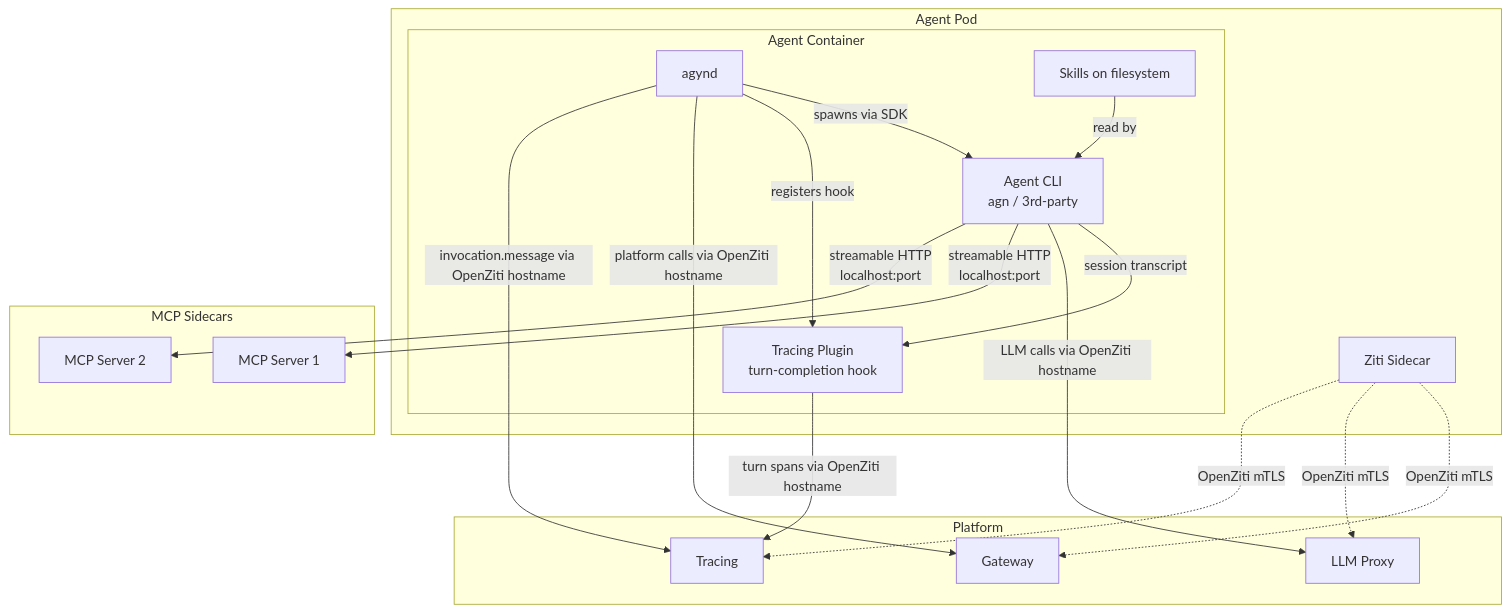
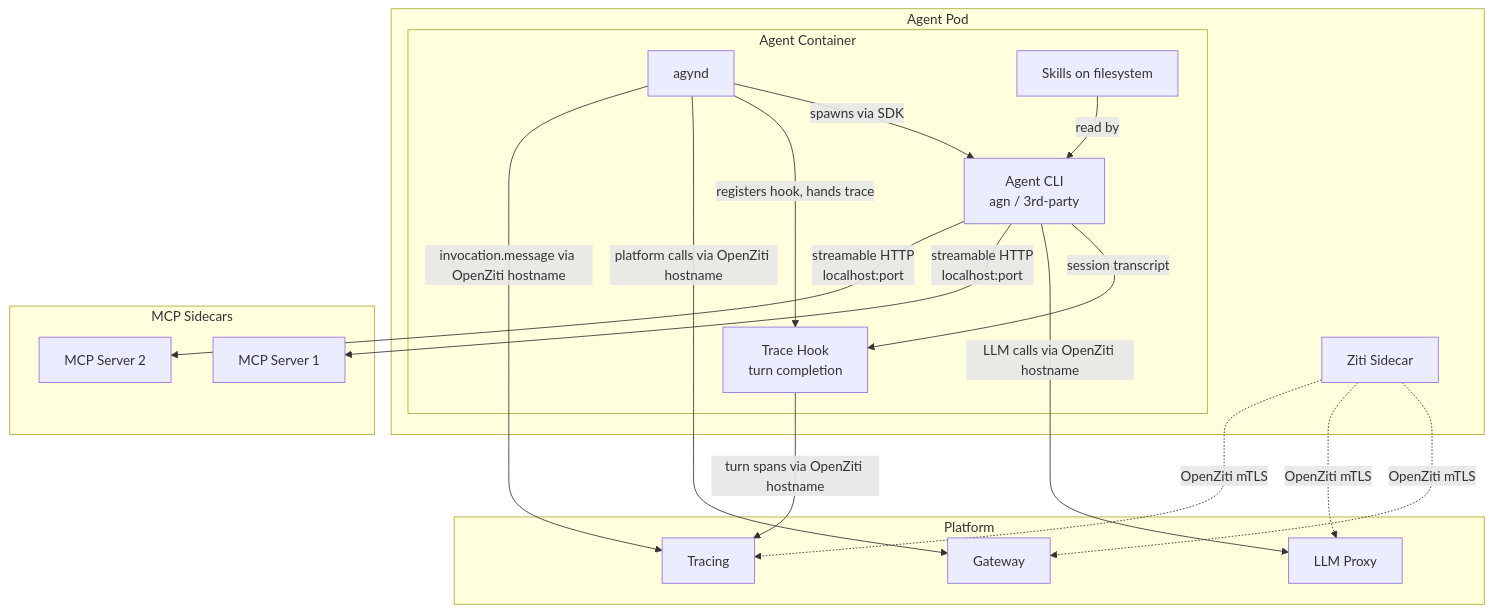
One commit to agynio/architecture changed the first of 2 diagrams in architecture/agynd-cli.md. Above: the diagram before and after it, drawn with Mermaid. The commit also changed other lines of this file and 3 other files, not shown here.

Commit message:
One trace hook shipped with agynd, handed the trace it writes into

````diff
--- a/architecture/agynd-cli.md
+++ b/architecture/agynd-cli.md
@@ -272,37 +272,37 @@
 ```mermaid
 graph TB
     subgraph "Agent Pod"
         ZitiSidecar[Ziti Sidecar]
         subgraph "Agent Container"
             agynd[agynd]
             AgentCLI[Agent CLI<br/>agn / 3rd-party]
-            Plugin[Tracing Plugin<br/>turn-completion hook]
+            Plugin[Trace Hook<br/>turn completion]
             Skills[Skills on filesystem]
 
             agynd -->|spawns via SDK| AgentCLI
-            agynd -->|registers hook| Plugin
+            agynd -->|registers hook, hands trace| Plugin
             Skills -->|read by| AgentCLI
             AgentCLI -->|session transcript| Plugin
         end
     end
 
     subgraph "MCP Sidecars"
         MCP1[MCP Server 1]
         MCP2[MCP Server 2]
     end
 
     subgraph Platform
         Gateway
         LLMProxy[LLM Proxy]
         Tracing[Tracing]
     end
 
     agynd -->|platform calls via OpenZiti hostname| Gateway
     AgentCLI -->|LLM calls via OpenZiti hostname| LLMProxy
     AgentCLI -->|streamable HTTP<br/>localhost:port| MCP1 & MCP2
     Plugin -->|turn spans via OpenZiti hostname| Tracing
     agynd -->|invocation.message via OpenZiti hostname| Tracing
     ZitiSidecar -.->|OpenZiti mTLS| Gateway
     ZitiSidecar -.->|OpenZiti mTLS| LLMProxy
     ZitiSidecar -.->|OpenZiti mTLS| Tracing
 ```
````
